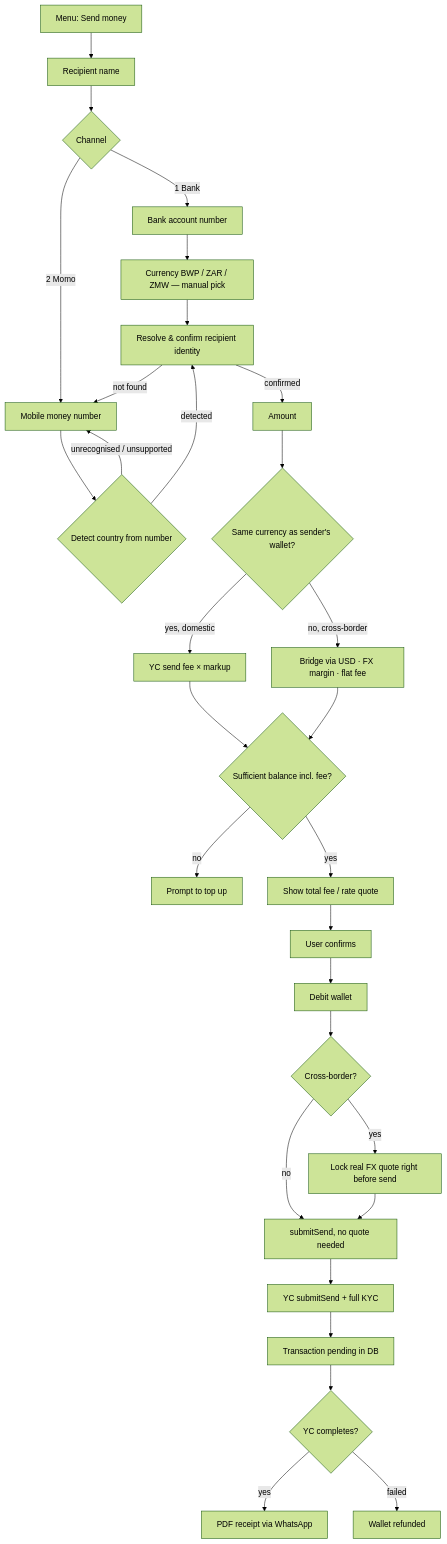
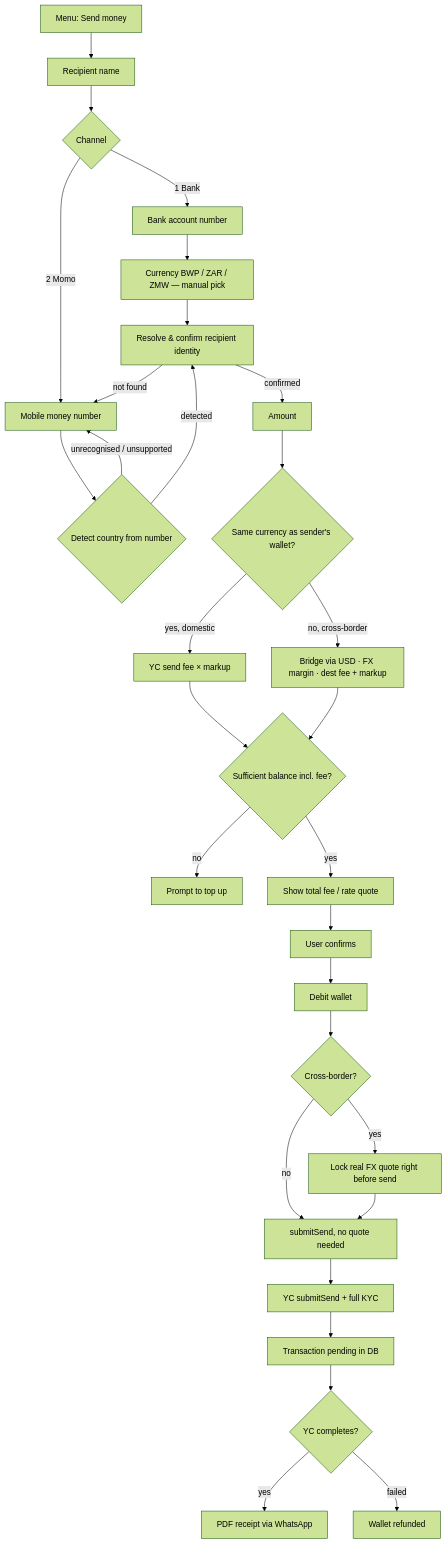
Before and after one commit to Brusselsmara/whatsapp-bot-automated: the third of 4 diagrams in README.md, drawn with Mermaid (forest theme). The commit also changed other lines of this file and 4 other files, not shown here.

First line of the commit message:
Price cross-border sends from YC destination-leg fees with 15% markup.

````diff
--- a/README.md
+++ b/README.md
@@ -279,32 +279,32 @@
 ```mermaid
 flowchart TD
     A[Menu: Send money] --> B[Recipient name]
     B --> C{Channel}
     C -->|1 Bank| D[Bank account number]
     C -->|2 Momo| E[Mobile money number]
     D --> F[Currency BWP / ZAR / ZMW — manual pick]
     E --> G{Detect country from number}
     G -->|unrecognised / unsupported| E
     G -->|detected| H2[Resolve & confirm recipient identity]
     F --> H2
     H2 -->|not found| E
     H2 -->|confirmed| H[Amount]
     H --> I{Same currency as sender's wallet?}
     I -->|yes, domestic| J[YC send fee × markup]
-    I -->|no, cross-border| K[Bridge via USD · FX margin · flat fee]
+    I -->|no, cross-border| K[Bridge via USD · FX margin · dest fee + markup]
     J --> L{Sufficient balance incl. fee?}
     K --> L
     L -->|no| M[Prompt to top up]
     L -->|yes| N[Show total fee / rate quote]
     N --> O[User confirms]
     O --> P[Debit wallet]
     P --> Q{Cross-border?}
     Q -->|yes| R[Lock real FX quote right before send]
     Q -->|no| S[submitSend, no quote needed]
     R --> S
     S --> T[YC submitSend + full KYC]
     T --> V[Transaction pending in DB]
     V --> W{YC completes?}
     W -->|yes| X[PDF receipt via WhatsApp]
     W -->|failed| Y[Wallet refunded]
 ```
````
